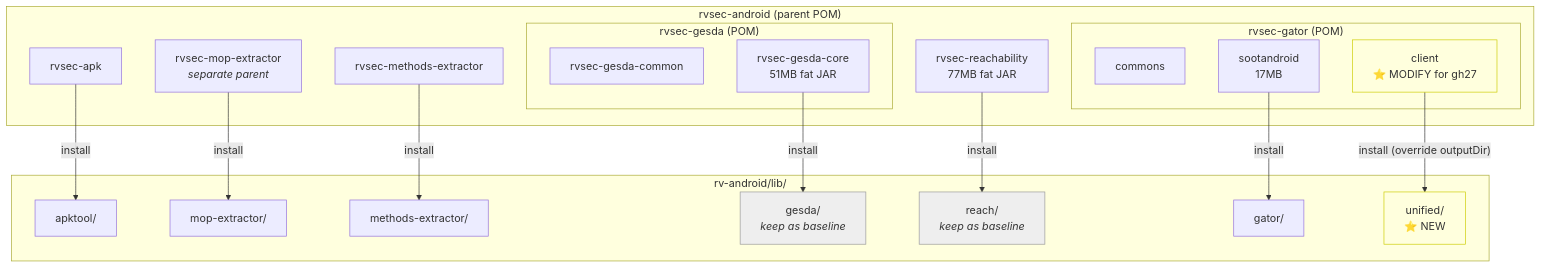
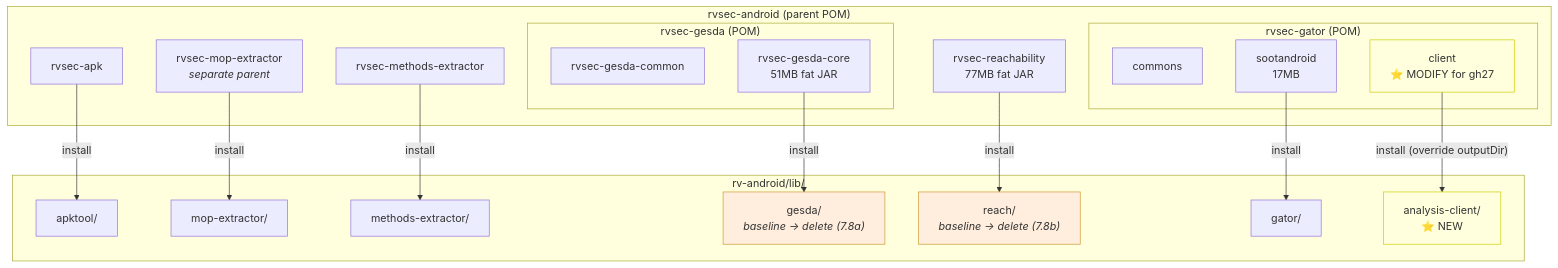
The second of 4 diagrams in rv-android/openspec/changes/gh27-unified-static-analysis/design.md (PAMunb/rvsec), drawn with Mermaid before and after one commit. The commit also changed other lines of this file and 4 other files, not shown here.

````diff
--- a/rv-android/openspec/changes/gh27-unified-static-analysis/design.md
+++ b/rv-android/openspec/changes/gh27-unified-static-analysis/design.md
@@ -58,44 +58,44 @@
 ```mermaid
 flowchart TD
     subgraph RVSEC["rvsec-android (parent POM)"]
         APK[rvsec-apk]
         MOP[rvsec-mop-extractor<br/><i>separate parent</i>]
         ME[rvsec-methods-extractor]
 
         subgraph GESDA_MOD["rvsec-gesda (POM)"]
             GC[rvsec-gesda-common]
             GCO[rvsec-gesda-core<br/>51MB fat JAR]
         end
 
         REACH_MOD[rvsec-reachability<br/>77MB fat JAR]
 
         subgraph GATOR_MOD["rvsec-gator (POM)"]
             COMMONS[commons]
             SOOT[sootandroid<br/>17MB]
             CLIENT["client<br/>⭐ MODIFY for gh27"]
         end
     end
 
     subgraph LIB["rv-android/lib/"]
         L_APK[apktool/]
         L_MOP[mop-extractor/]
         L_ME[methods-extractor/]
-        L_GESDA["gesda/<br/><i>keep as baseline</i>"]
-        L_REACH["reach/<br/><i>keep as baseline</i>"]
+        L_GESDA["gesda/<br/><i>baseline → delete (7.8a)</i>"]
+        L_REACH["reach/<br/><i>baseline → delete (7.8b)</i>"]
         L_GATOR[gator/]
-        L_UNIFIED["unified/<br/>⭐ NEW"]
+        L_ANALYSIS["analysis-client/<br/>⭐ NEW"]
     end
 
     APK -->|install| L_APK
     MOP -->|install| L_MOP
     ME -->|install| L_ME
     GCO -->|install| L_GESDA
     REACH_MOD -->|install| L_REACH
     SOOT -->|install| L_GATOR
-    CLIENT -->|"install (override outputDir)"| L_UNIFIED
+    CLIENT -->|"install (override outputDir)"| L_ANALYSIS
 
     style CLIENT fill:#ffd,stroke:#cc0
-    style L_UNIFIED fill:#ffd,stroke:#cc0
-    style L_GESDA fill:#eee,stroke:#999
-    style L_REACH fill:#eee,stroke:#999
+    style L_ANALYSIS fill:#ffd,stroke:#cc0
+    style L_GESDA fill:#fed,stroke:#c93
+    style L_REACH fill:#fed,stroke:#c93
 ```
````
